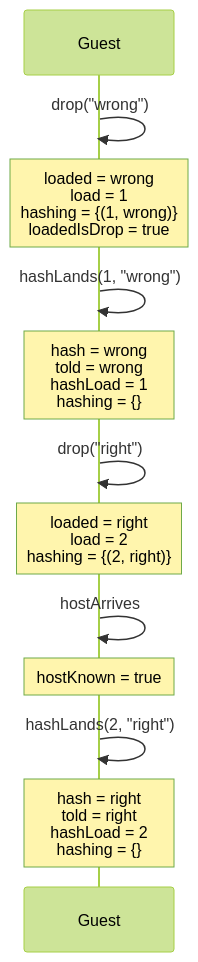
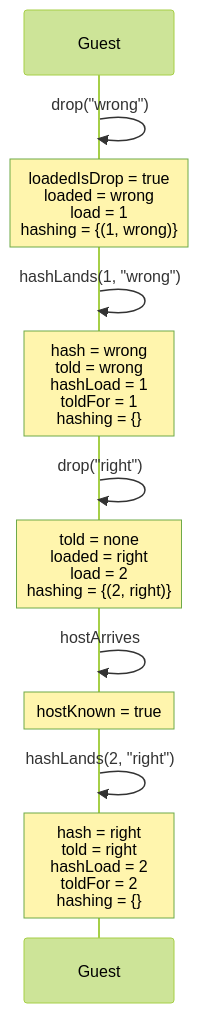
One commit to kwilson21/kaillera-next changed diagram 17 of 18 in docs/spec-traces.md. Above: the diagram before and after it, drawn with Mermaid (forest theme). The commit also changed other lines of this file and 5 other files, not shown here.

First line of the commit message:
fix: a guest's drop says "not ready" at once, so a start never counts it in on the previous ROM

````diff
--- a/docs/spec-traces.md
+++ b/docs/spec-traces.md
@@ -537,14 +537,14 @@
 ```mermaid
 sequenceDiagram
   participant Guest
   Guest->>Guest: drop("wrong")
-  Note over Guest: loaded = wrong<br/>load = 1<br/>hashing = {(1, wrong)}<br/>loadedIsDrop = true
+  Note over Guest: loadedIsDrop = true<br/>loaded = wrong<br/>load = 1<br/>hashing = {(1, wrong)}
   Guest->>Guest: hashLands(1, "wrong")
-  Note over Guest: hash = wrong<br/>told = wrong<br/>hashLoad = 1<br/>hashing = {}
+  Note over Guest: hash = wrong<br/>told = wrong<br/>hashLoad = 1<br/>toldFor = 1<br/>hashing = {}
   Guest->>Guest: drop("right")
-  Note over Guest: loaded = right<br/>load = 2<br/>hashing = {(2, right)}
+  Note over Guest: told = none<br/>loaded = right<br/>load = 2<br/>hashing = {(2, right)}
   Guest->>Guest: hostArrives
   Note over Guest: hostKnown = true
   Guest->>Guest: hashLands(2, "right")
-  Note over Guest: hash = right<br/>told = right<br/>hashLoad = 2<br/>hashing = {}
+  Note over Guest: hash = right<br/>told = right<br/>hashLoad = 2<br/>toldFor = 2<br/>hashing = {}
 ```
````
